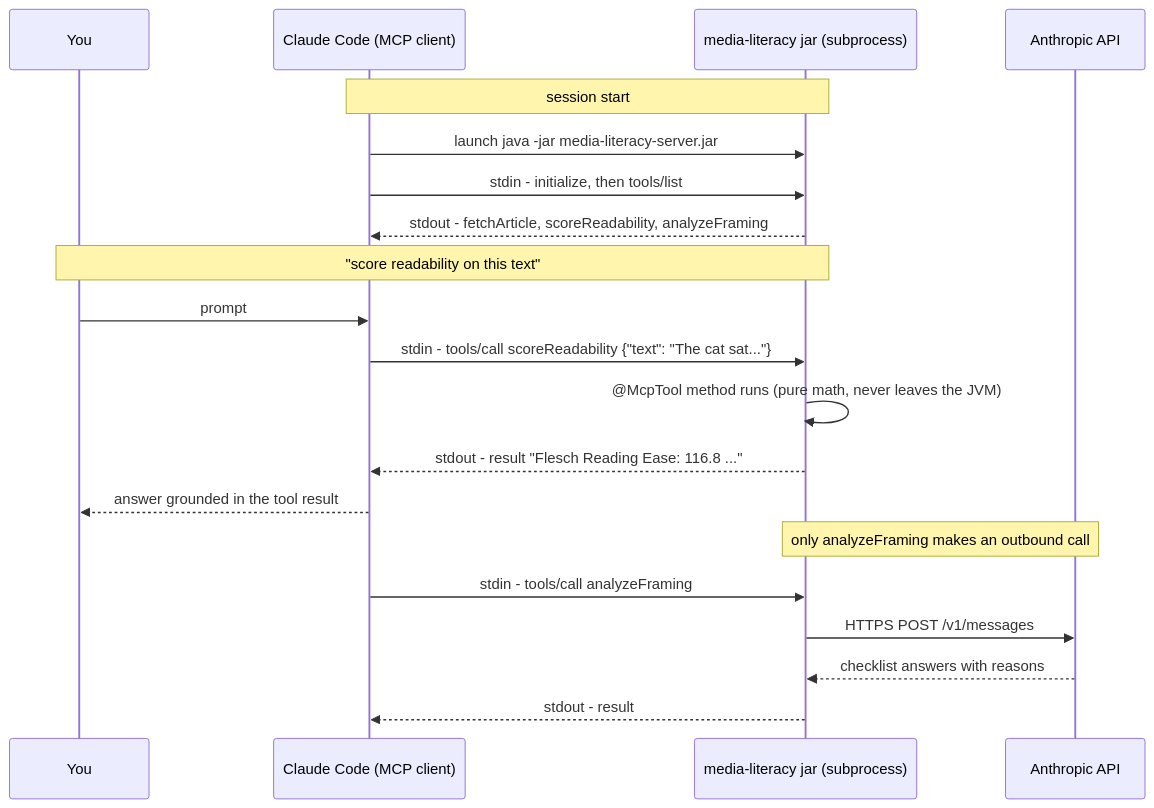
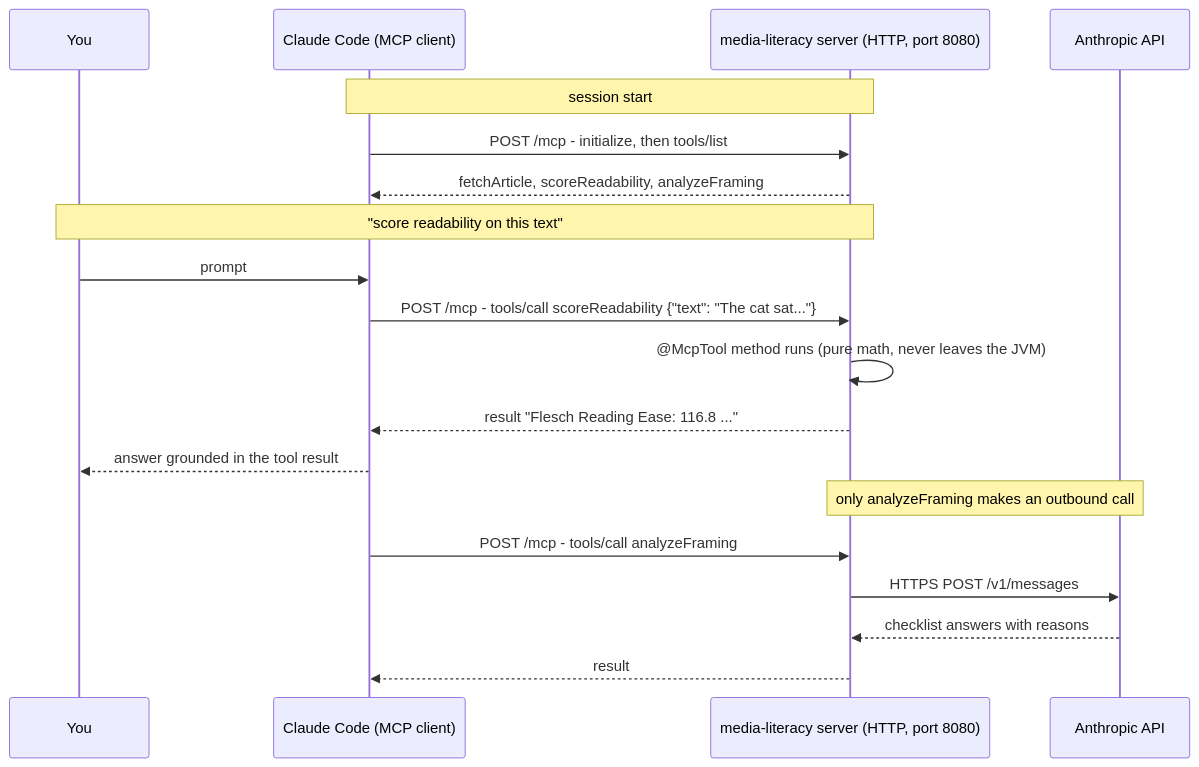
The diagram in README.md (spassimirag/Media-Literacy-Server), drawn with Mermaid before and after one commit. The commit also changed other lines of this file and 2 other files, not shown here.

Commit message:
switch to Streamable HTTP transport

````diff
--- a/README.md
+++ b/README.md
@@ -54,25 +59,24 @@
 ```mermaid
 sequenceDiagram
     participant U as You
     participant CC as Claude Code (MCP client)
-    participant JVM as media-literacy jar (subprocess)
+    participant JVM as media-literacy server (HTTP, port 8080)
     participant API as Anthropic API
 
     Note over CC,JVM: session start
-    CC->>JVM: launch java -jar media-literacy-server.jar
-    CC->>JVM: stdin - initialize, then tools/list
-    JVM-->>CC: stdout - fetchArticle, scoreReadability, analyzeFraming
+    CC->>JVM: POST /mcp - initialize, then tools/list
+    JVM-->>CC: fetchArticle, scoreReadability, analyzeFraming
 
     Note over U,JVM: "score readability on this text"
     U->>CC: prompt
-    CC->>JVM: stdin - tools/call scoreReadability {"text": "The cat sat..."}
+    CC->>JVM: POST /mcp - tools/call scoreReadability {"text": "The cat sat..."}
     JVM->>JVM: @McpTool method runs (pure math, never leaves the JVM)
-    JVM-->>CC: stdout - result "Flesch Reading Ease: 116.8 ..."
+    JVM-->>CC: result "Flesch Reading Ease: 116.8 ..."
     CC-->>U: answer grounded in the tool result
 
     Note over JVM,API: only analyzeFraming makes an outbound call
-    CC->>JVM: stdin - tools/call analyzeFraming
+    CC->>JVM: POST /mcp - tools/call analyzeFraming
     JVM->>API: HTTPS POST /v1/messages
     API-->>JVM: checklist answers with reasons
-    JVM-->>CC: stdout - result
+    JVM-->>CC: result
 ```
````
